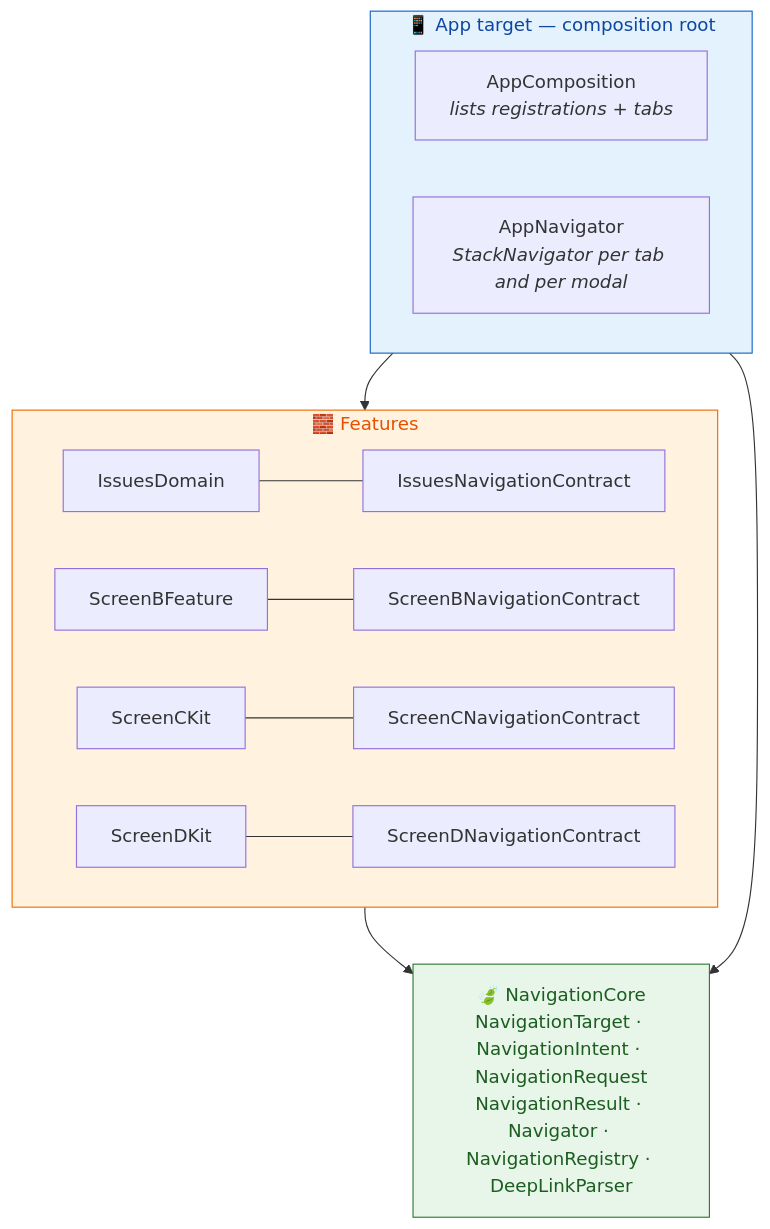
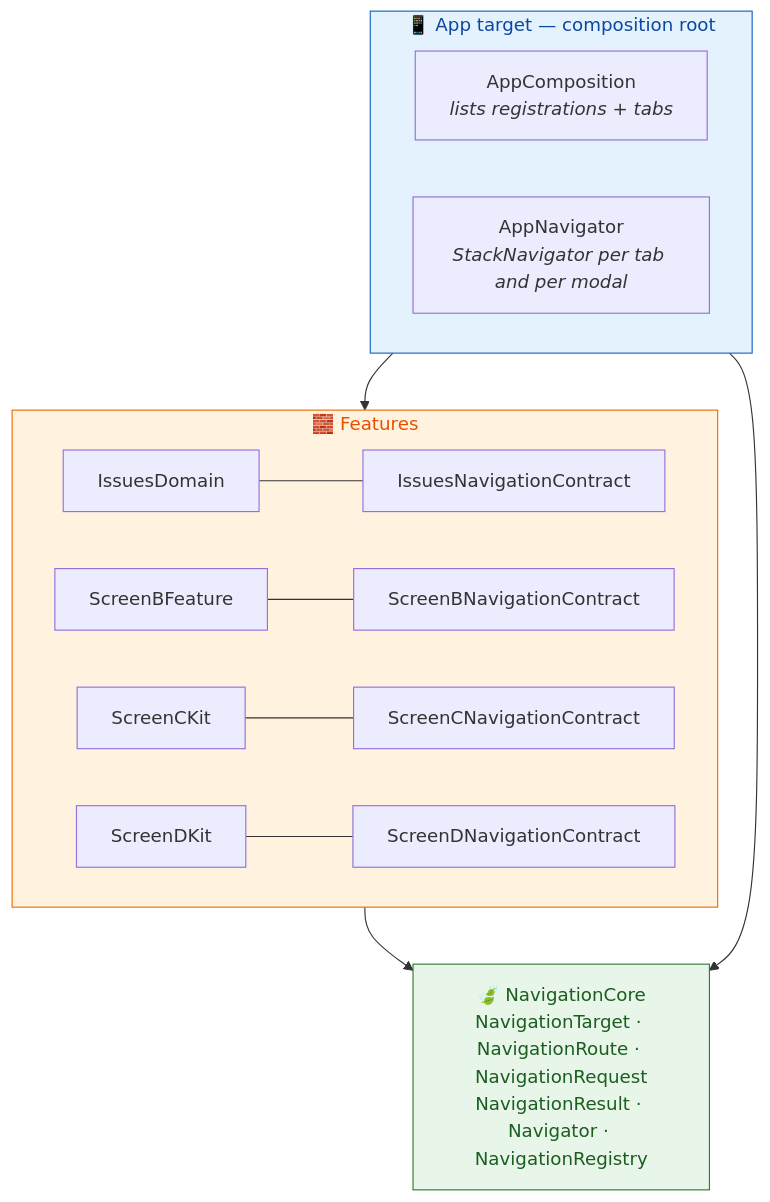
The second of 2 diagrams in README.md (guycohenadsk/SwiftNavigator), drawn with Mermaid before and after one commit. The commit also changed other lines of this file and 52 other files, not shown here.

First line of the commit message:
Move navigation intents from the core into each module's contract

````diff
--- a/README.md
+++ b/README.md
@@ -140,24 +140,24 @@
 ```mermaid
 flowchart TB
     subgraph app["📱 App target — composition root"]
         AC["AppComposition<br/><i>lists registrations + tabs</i>"]
         AN["AppNavigator<br/><i>StackNavigator per tab and per modal</i>"]
     end
 
     subgraph features["🧱 Features"]
         A["IssuesDomain"] --- AC1["IssuesNavigationContract"]
         B["ScreenBFeature"] --- BC1["ScreenBNavigationContract"]
         C["ScreenCKit"] --- CC1["ScreenCNavigationContract"]
         D["ScreenDKit"] --- DC1["ScreenDNavigationContract"]
     end
 
-    core["🍃 NavigationCore<br/>NavigationTarget · NavigationIntent · NavigationRequest<br/>NavigationResult · Navigator · NavigationRegistry · DeepLinkParser"]
+    core["🍃 NavigationCore<br/>NavigationTarget · NavigationRoute · NavigationRequest<br/>NavigationResult · Navigator · NavigationRegistry"]
 
     app --> features
     features --> core
     app --> core
 
     style core fill:#e8f5e9,stroke:#2e7d32,color:#1b5e20
     style app fill:#e3f2fd,stroke:#1565c0,color:#0d47a1
     style features fill:#fff3e0,stroke:#ef6c00,color:#e65100
 ```
````
